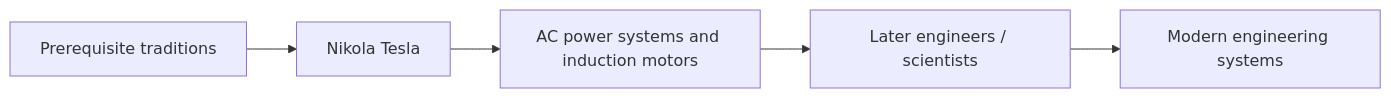
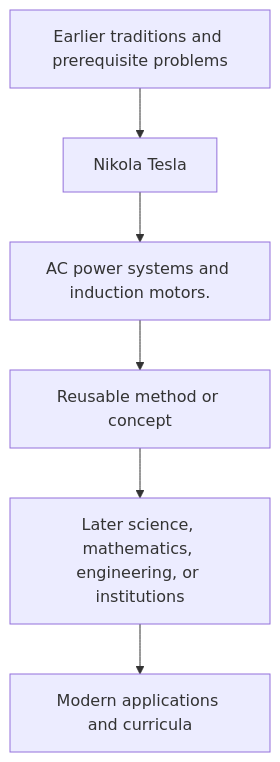
One commit to via-decide/ViaLogic changed the diagram in docs/history/nikola-tesla/influence.md. Above: the diagram before and after it, drawn with Mermaid. The commit also changed other lines of this file and 858 other files, not shown here.

````diff
--- a/docs/history/nikola-tesla/influence.md
+++ b/docs/history/nikola-tesla/influence.md
@@ -29,7 +16,8 @@
 ```mermaid
-graph LR
-  prerequisites["Prerequisite traditions"] --> current["Nikola Tesla"]
-  current --> contribution["AC power systems and induction motors"]
-  contribution --> successors["Later engineers / scientists"]
-  successors --> modern["Modern engineering systems"]
+graph TD
+  Prior[Earlier traditions and prerequisite problems] --> Person[Nikola Tesla]
+  Person --> Contribution[AC power systems and induction motors.]
+  Contribution --> Method[Reusable method or concept]
+  Method --> Later[Later science, mathematics, engineering, or institutions]
+  Later --> Modern[Modern applications and curricula]
 ```
````
